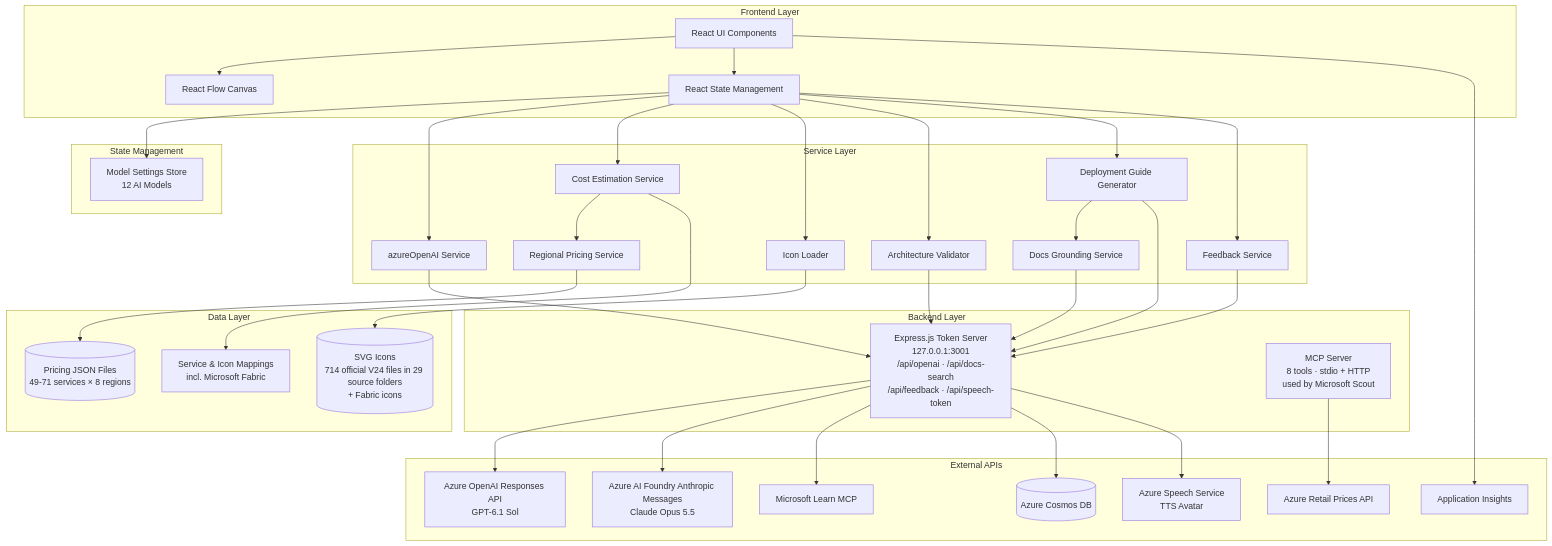
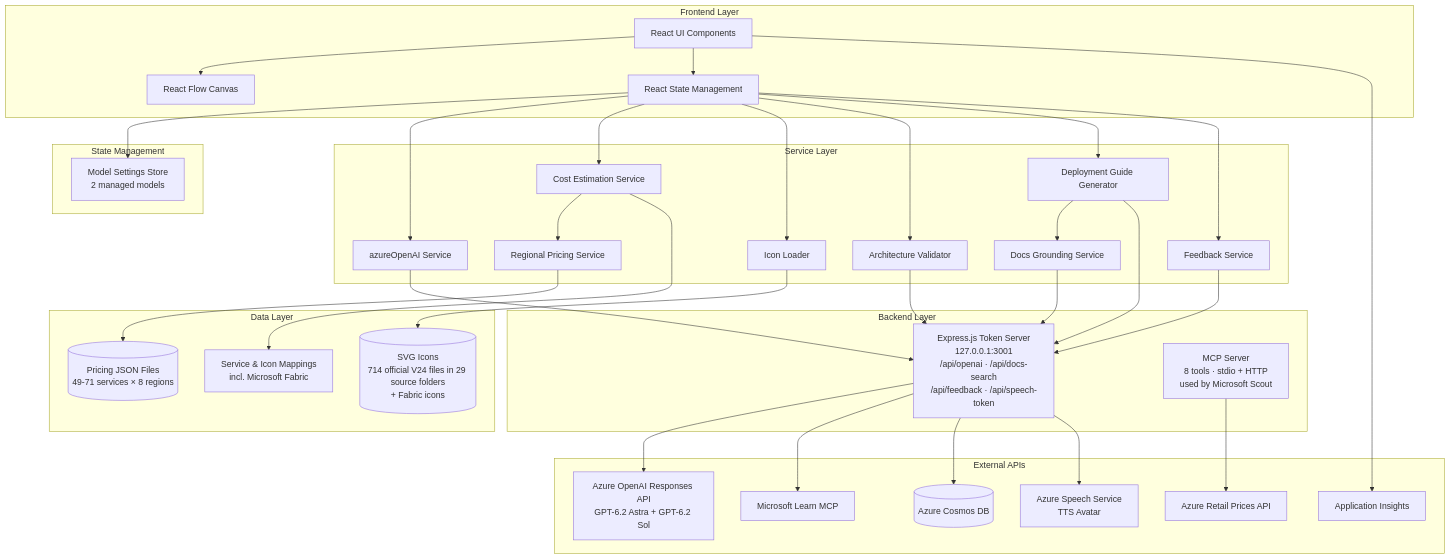
The first of 4 diagrams in DOCS/ARCHITECTURE.md (yang-jiayi/AzureDiagarm), drawn with Mermaid before and after one commit. The commit also changed other lines of this file and 70 other files, not shown here.

Commit message:
Add GPT-6.2 selectable managed models

````diff
--- a/DOCS/ARCHITECTURE.md
+++ b/DOCS/ARCHITECTURE.md
@@ -15,71 +15,69 @@
 ```mermaid
 graph TB
     subgraph "Frontend Layer"
         UI[React UI Components]
         RF[React Flow Canvas]
         State[React State Management]
     end
 
     subgraph "Service Layer"
         AI[azureOpenAI Service]
         Pricing[Cost Estimation Service]
         Regional[Regional Pricing Service]
         Icons[Icon Loader]
         Validator[Architecture Validator]
         DeployGen[Deployment Guide Generator]
         DocsGround[Docs Grounding Service]
         Feedback[Feedback Service]
     end
 
     subgraph "State Management"
-        ModelStore[Model Settings Store<br/>12 AI Models]
+        ModelStore[Model Settings Store<br/>2 managed models]
     end
 
     subgraph "Data Layer"
         PricingData[(Pricing JSON Files<br/>49-71 services × 8 regions)]
         IconData[(SVG Icons<br/>714 official V24 files in 29 source folders<br/>+ Fabric icons)]
         Mappings[Service & Icon Mappings<br/>incl. Microsoft Fabric]
     end
 
     subgraph "Backend Layer"
         TokenServer[Express.js Token Server<br/>127.0.0.1:3001<br/>/api/openai · /api/docs-search<br/>/api/feedback · /api/speech-token]
         MCP[MCP Server<br/>8 tools · stdio + HTTP<br/>used by Microsoft Scout]
     end
 
     subgraph "External APIs"
-        OpenAI[Azure OpenAI Responses API<br/>GPT-6.1 Sol]
-        Foundry[Azure AI Foundry Anthropic Messages<br/>Claude Opus 5.5]
+        OpenAI[Azure OpenAI Responses API<br/>GPT-6.2 Astra + GPT-6.2 Sol]
         LearnMCP[Microsoft Learn MCP]
         AzureAPI[Azure Retail Prices API]
         Cosmos[(Azure Cosmos DB)]
         AppInsightsAPI[Application Insights]
         SpeechAPI[Azure Speech Service<br/>TTS Avatar]
     end
 
     UI --> RF
     UI --> State
     State --> ModelStore
     State --> AI
     State --> Pricing
     State --> Icons
     State --> Validator
     State --> DeployGen
     State --> Feedback
     DeployGen --> DocsGround
     AI --> TokenServer
     Validator --> TokenServer
     DeployGen --> TokenServer
     DocsGround --> TokenServer
     Feedback --> TokenServer
     Pricing --> Regional
     Regional --> PricingData
     Icons --> IconData
     Pricing --> Mappings
     TokenServer --> OpenAI
-    TokenServer --> Foundry
     TokenServer --> LearnMCP
     TokenServer --> Cosmos
     TokenServer --> SpeechAPI
     UI --> AppInsightsAPI
     MCP --> AzureAPI
 ```
````
